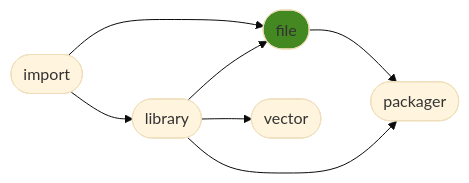
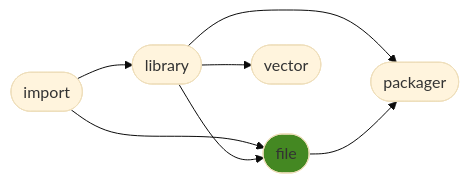
One commit to ManderaGeneral/generalfile changed the diagram in README.md. Above: the diagram before and after it, drawn with Mermaid (base theme). The commit also changed other lines of this file, not shown here.

````diff
--- a/README.md
+++ b/README.md
@@ -24,15 +24,15 @@
 ```mermaid
 flowchart LR
-2([file]) --> 4([packager])
-1([library]) --> 2([file])
 0([import]) --> 2([file])
 1([library]) --> 3([vector])
 1([library]) --> 4([packager])
 0([import]) --> 1([library])
+1([library]) --> 2([file])
+2([file]) --> 4([packager])
 click 0 "https://github.com/ManderaGeneral/generalimport"
 click 1 "https://github.com/ManderaGeneral/generallibrary"
 click 2 "https://github.com/ManderaGeneral/generalfile"
 click 3 "https://github.com/ManderaGeneral/generalvector"
 click 4 "https://github.com/ManderaGeneral/generalpackager"
 style 2 fill:#482
 ```
````
